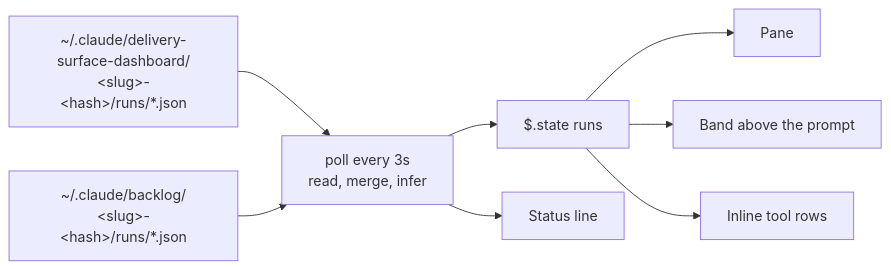
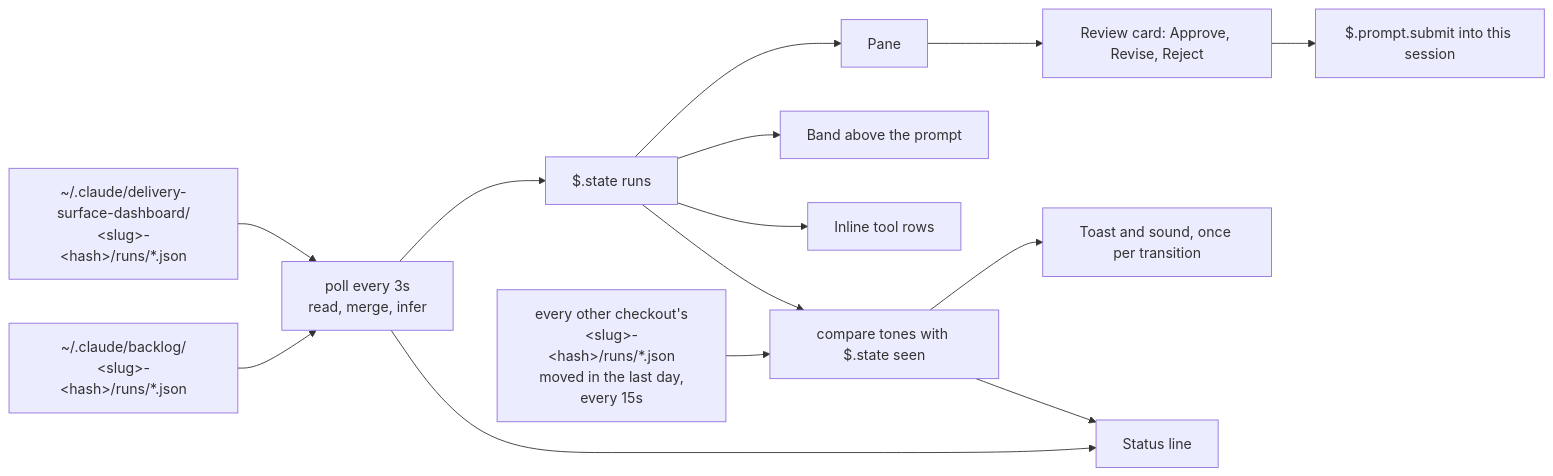
Before and after one commit to JSdotNet/ai-agent-stack: the diagram in .devbook/arc42/building-blocks/delivery-run-view.md, drawn with Mermaid. The commit also changed other lines of this file and 7 other files, not shown here.

````diff
--- a/.devbook/arc42/building-blocks/delivery-run-view.md
+++ b/.devbook/arc42/building-blocks/delivery-run-view.md
@@ -44,10 +49,16 @@
 ```mermaid
 flowchart LR
     D["~/.claude/delivery-surface-dashboard/<br/>&lt;slug&gt;-&lt;hash&gt;/runs/*.json"] --> R["poll every 3s<br/>read, merge, infer"]
     B["~/.claude/backlog/<br/>&lt;slug&gt;-&lt;hash&gt;/runs/*.json"] --> R
     R --> S["$.state runs"]
     S --> P["Pane"]
     S --> A["Band above the prompt"]
     S --> T["Inline tool rows"]
     R --> L["Status line"]
+    O["every other checkout's<br/>&lt;slug&gt;-&lt;hash&gt;/runs/*.json<br/>moved in the last day,<br/>every 15s"] --> G["compare tones with $.state seen"]
+    S --> G
+    G --> N["Toast and sound, once per transition"]
+    G --> L
+    P --> C["Review card: Approve, Revise, Reject"]
+    C --> Q["$.prompt.submit into this session"]
 ```
````
